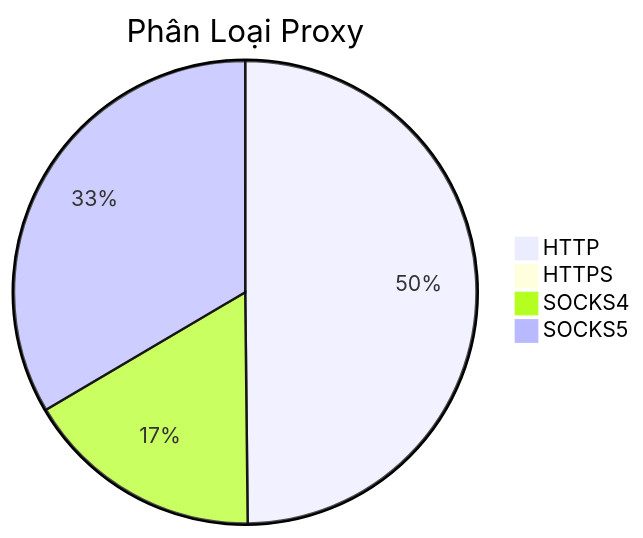
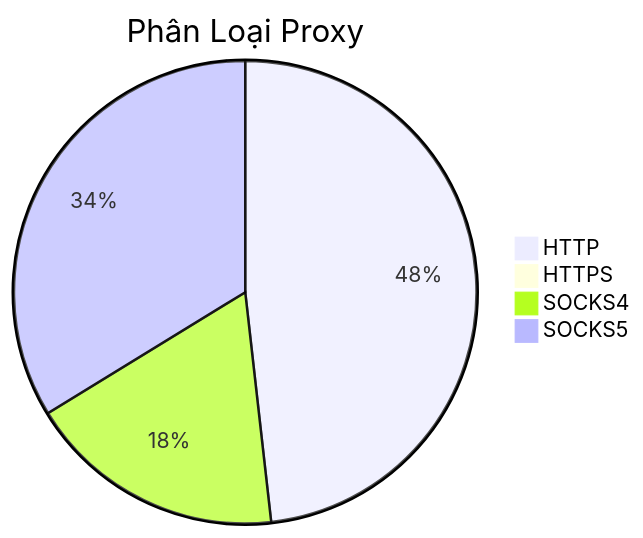
One commit to Ciara-12/PROXY-free changed the diagram in README.md. Above: the diagram before and after it, drawn with Mermaid. The commit also changed other lines of this file and 4 other files, not shown here.

````diff
--- a/README.md
+++ b/README.md
@@ -26,7 +26,7 @@
 ```mermaid
 pie title Phân Loại Proxy
-    "HTTP" : 1463
-    "HTTPS" : 2
-    "SOCKS4" : 490
-    "SOCKS5" : 983
+    "HTTP" : 1197
+    "HTTPS" : 1
+    "SOCKS4" : 448
+    "SOCKS5" : 838
 ```
````
